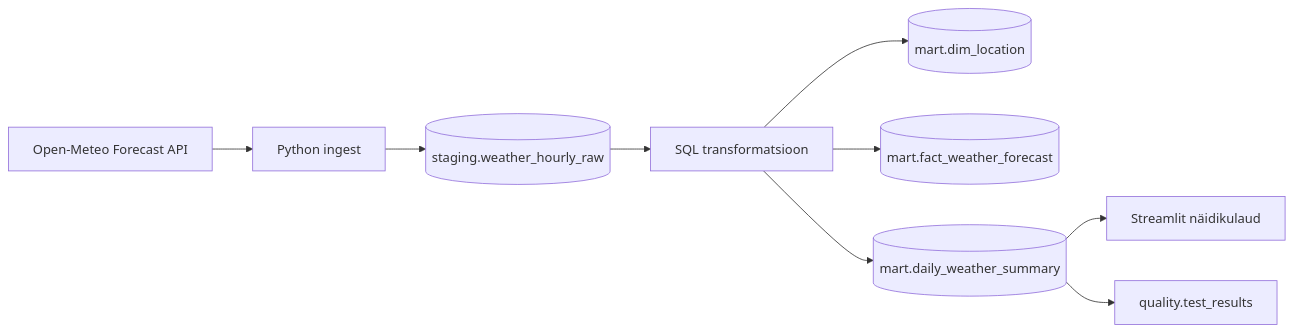
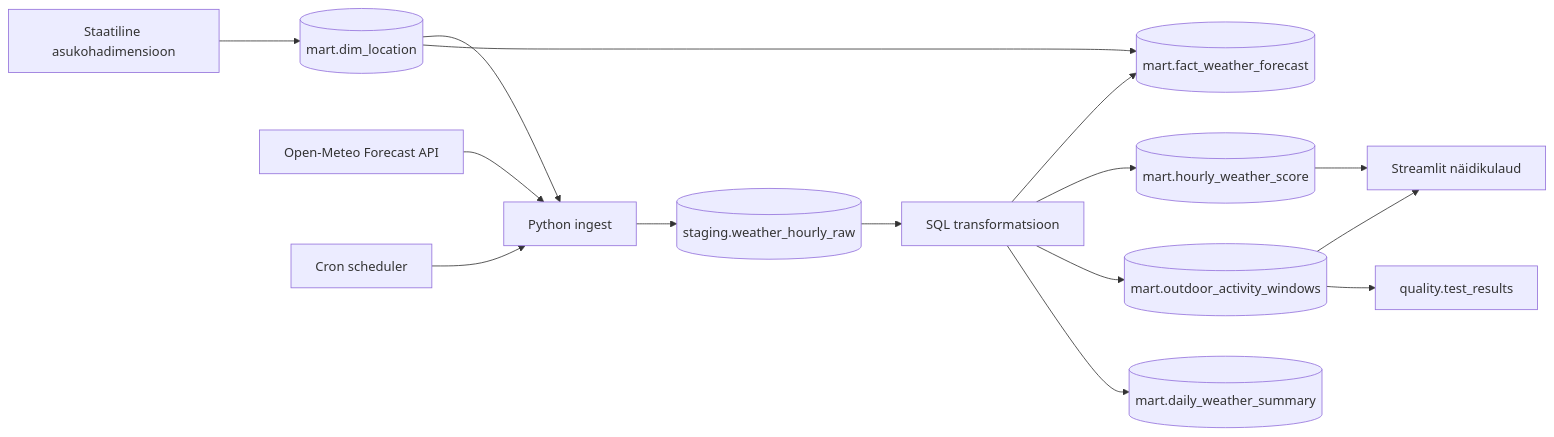
The diagram in naidisprojekt-ilmaandmed/docs/arhitektuur.md (HDO21/ut-andmeinseneeria-2026), drawn with Mermaid before and after one commit. The commit also changed other lines of this file and 14 other files, not shown here.

````diff
--- a/naidisprojekt-ilmaandmed/docs/arhitektuur.md
+++ b/naidisprojekt-ilmaandmed/docs/arhitektuur.md
@@ -26,11 +26,17 @@
 ```mermaid
 flowchart LR
+    seed[Staatiline asukohadimensioon] --> dim[(mart.dim_location)]
+    dim --> ingest
     api[Open-Meteo Forecast API] --> ingest[Python ingest]
     ingest --> staging[(staging.weather_hourly_raw)]
     staging --> transform[SQL transformatsioon]
-    transform --> dim[(mart.dim_location)]
     transform --> fact[(mart.fact_weather_forecast)]
+    dim --> fact
+    transform --> score[(mart.hourly_weather_score)]
+    transform --> windows[(mart.outdoor_activity_windows)]
     transform --> summary[(mart.daily_weather_summary)]
-    summary --> dashboard[Streamlit näidikulaud]
-    summary --> quality[quality.test_results]
+    windows --> dashboard[Streamlit näidikulaud]
+    score --> dashboard
+    windows --> quality[quality.test_results]
+    scheduler[Cron scheduler] --> ingest
 ```
````
